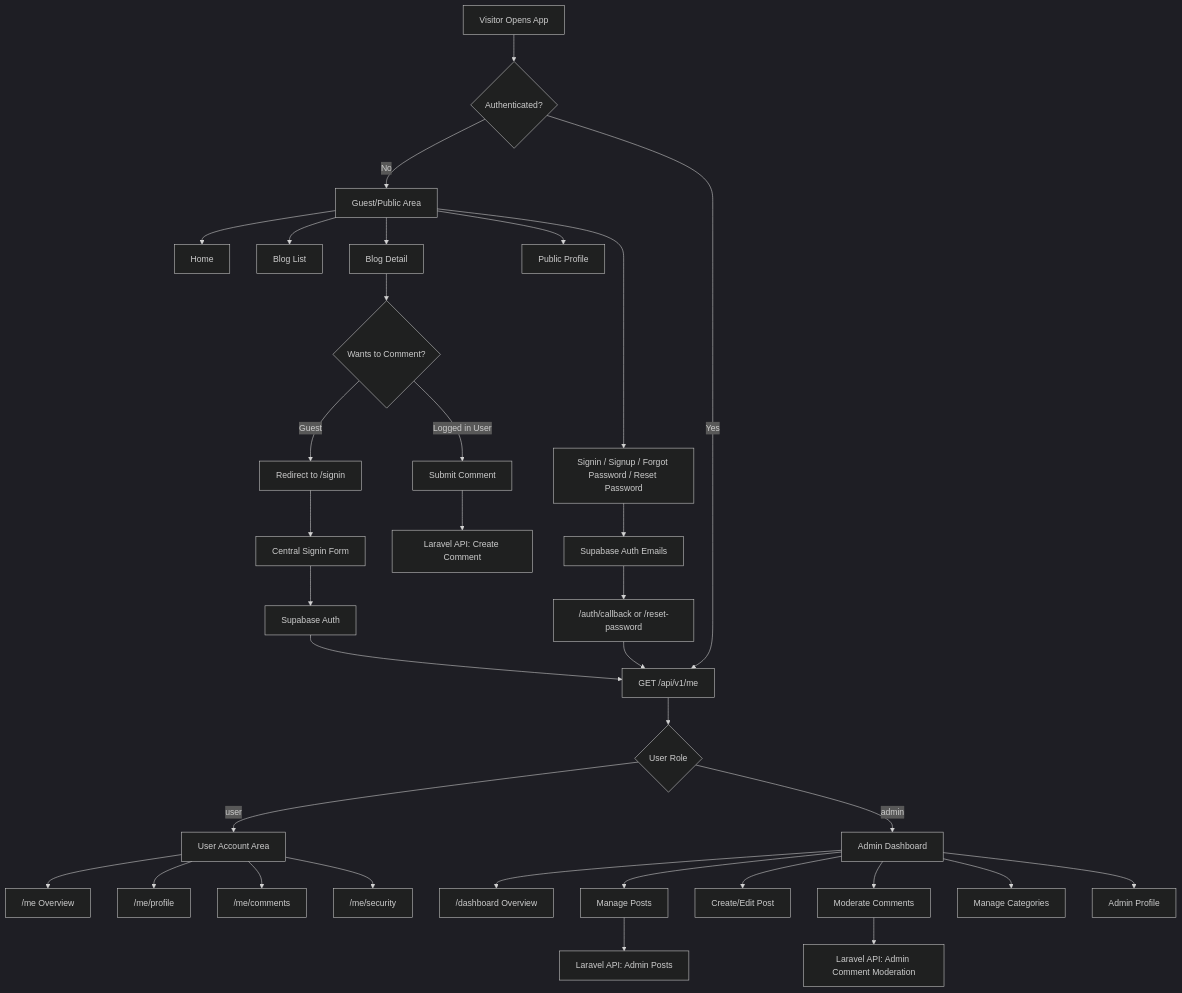
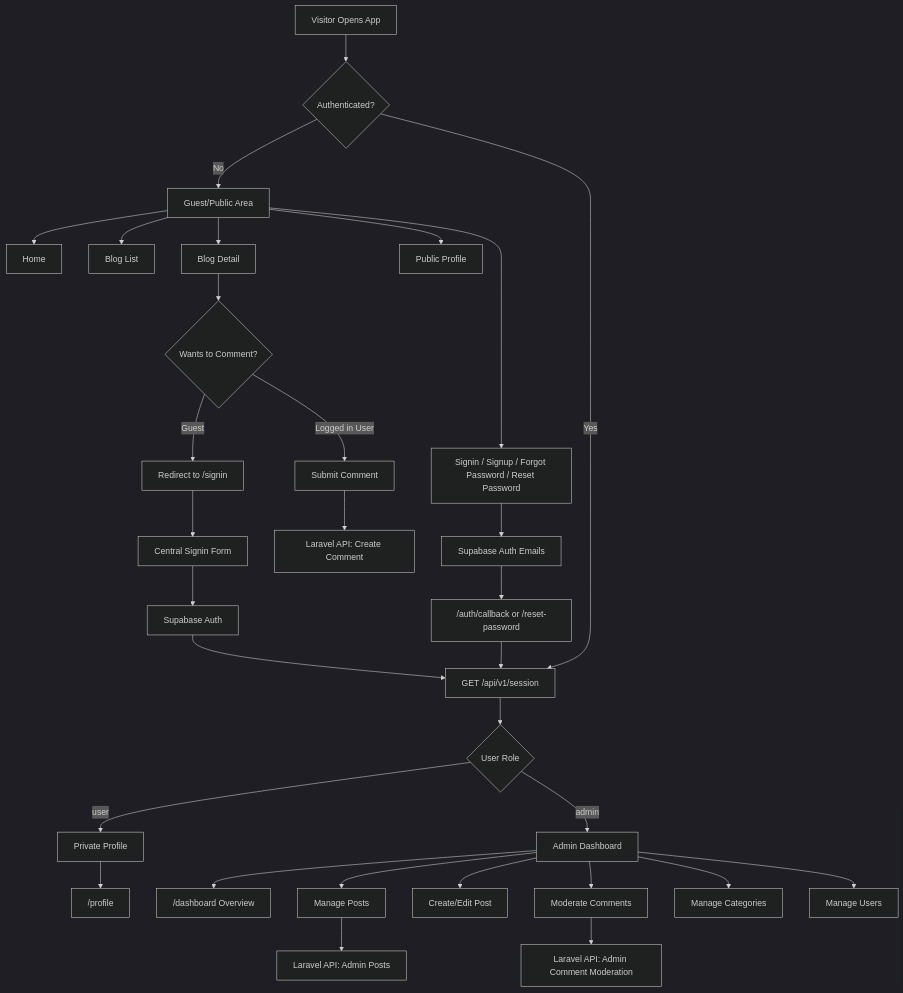
One commit to jymarkb/symfonyBlog changed the diagram in docs/architecture/auth-authorization.md. Above: the diagram before and after it, drawn with Mermaid (dark theme). The commit also changed other lines of this file and 20 other files, not shown here.

````diff
--- a/docs/architecture/auth-authorization.md
+++ b/docs/architecture/auth-authorization.md
@@ -278,46 +310,43 @@
 ```mermaid
 flowchart TD
   A["Visitor Opens App"] --> B{"Authenticated?"}
 
   B -->|No| C["Guest/Public Area"]
-  B -->|Yes| D["GET /api/v1/me"]
+  B -->|Yes| D["GET /api/v1/session"]
 
   D --> E{"User Role"}
 
-  E -->|user| F["User Account Area"]
+  E -->|user| F["Private Profile"]
   E -->|admin| G["Admin Dashboard"]
 
   C --> C1["Home"]
   C --> C2["Blog List"]
   C --> C3["Blog Detail"]
   C --> C4["Public Profile"]
   C --> C5["Signin / Signup / Forgot Password / Reset Password"]
 
   C3 --> H{"Wants to Comment?"}
   H -->|Guest| I["Redirect to /signin"]
   H -->|Logged in User| J["Submit Comment"]
 
   I --> K["Central Signin Form"]
   K --> L["Supabase Auth"]
   L --> D
 
   C5 --> P["Supabase Auth Emails"]
   P --> Q["/auth/callback or /reset-password"]
   Q --> D
 
-  F --> F1["/me Overview"]
-  F --> F2["/me/profile"]
-  F --> F3["/me/comments"]
-  F --> F4["/me/security"]
+  F --> F1["/profile"]
 
   G --> G1["/dashboard Overview"]
   G --> G2["Manage Posts"]
   G --> G3["Create/Edit Post"]
   G --> G4["Moderate Comments"]
   G --> G5["Manage Categories"]
-  G --> G6["Admin Profile"]
+  G --> G6["Manage Users"]
 
   J --> M["Laravel API: Create Comment"]
   G2 --> N["Laravel API: Admin Posts"]
   G4 --> O["Laravel API: Admin Comment Moderation"]
 ```
````
